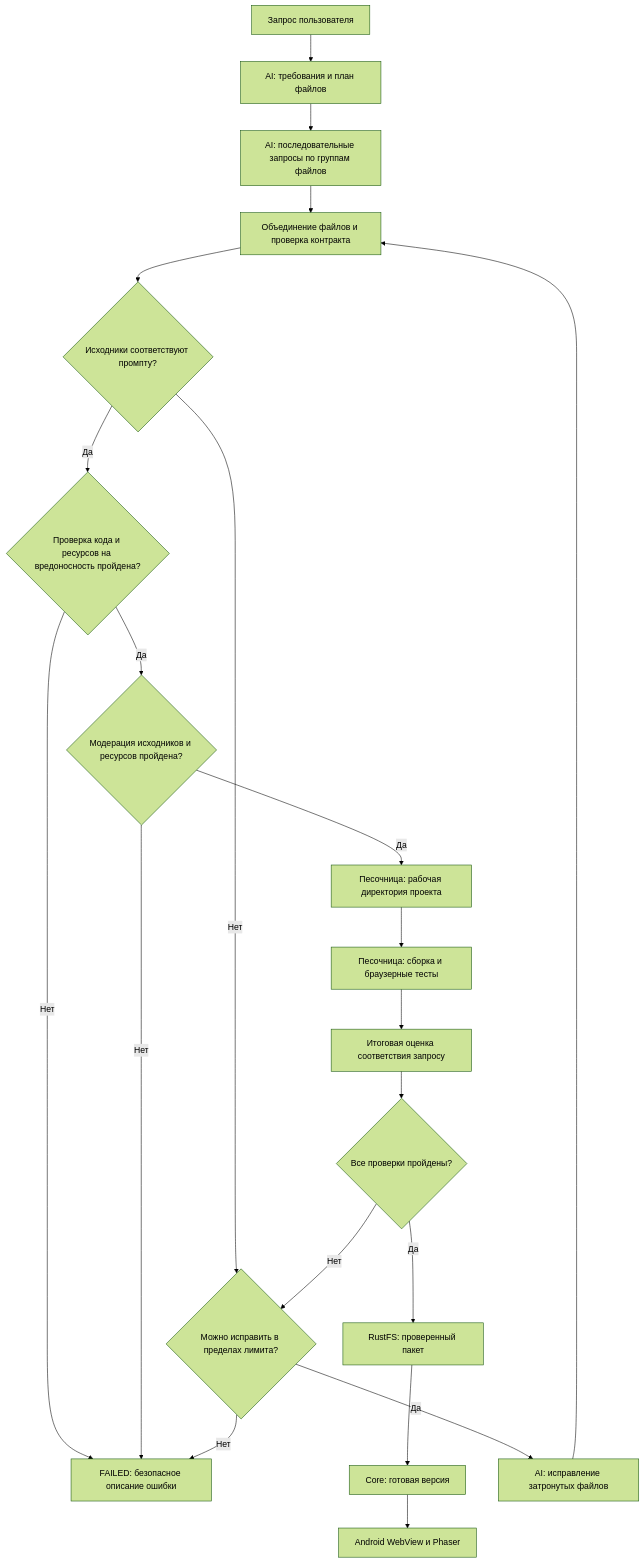
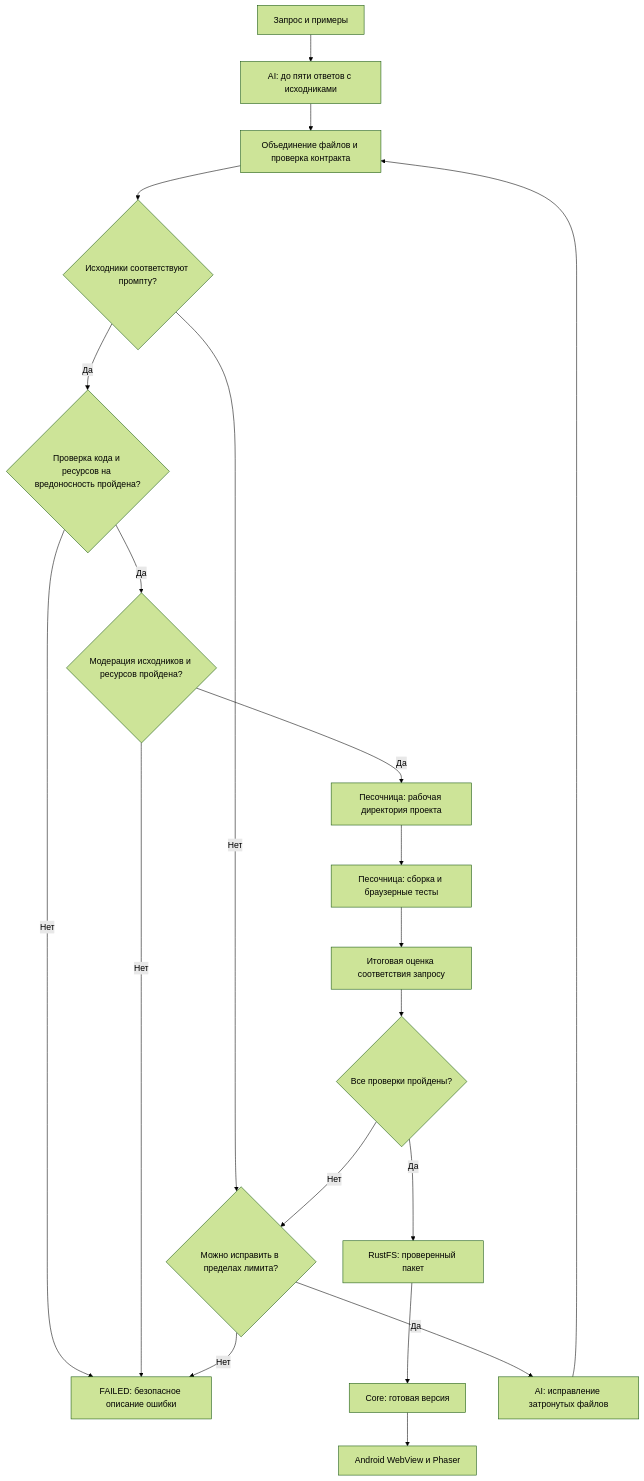
The diagram in docs/game-generation.md (aartmoon/PlayLy), drawn with Mermaid (forest theme) before and after one commit. The commit also changed other lines of this file and 16 other files, not shown here.

````diff
--- a/docs/game-generation.md
+++ b/docs/game-generation.md
@@ -11,23 +11,22 @@
 ```mermaid
 flowchart TD
-    prompt["Запрос пользователя"] --> plan["AI: требования и план файлов"]
-    plan --> generate["AI: последовательные запросы по группам файлов"]
+    prompt["Запрос и примеры"] --> generate["AI: до пяти ответов с исходниками"]
     generate --> validate["Объединение файлов и проверка контракта"]
     validate --> sourceMatch{"Исходники соответствуют промпту?"}
     sourceMatch -->|Да| security{"Проверка кода и ресурсов на вредоносность пройдена?"}
     sourceMatch -->|Нет| retry
     security -->|Да| moderate{"Модерация исходников и ресурсов пройдена?"}
     security -->|Нет| failed
     moderate -->|Да| workspace["Песочница: рабочая директория проекта"]
     moderate -->|Нет| failed
     workspace --> sandbox["Песочница: сборка и браузерные тесты"]
     sandbox --> judge["Итоговая оценка соответствия запросу"]
     judge --> gate{"Все проверки пройдены?"}
     gate -->|Да| storage["RustFS: проверенный пакет"]
     storage --> core["Core: готовая версия"]
     core --> player["Android WebView и Phaser"]
     gate -->|Нет| retry{"Можно исправить в пределах лимита?"}
     retry -->|Да| repair["AI: исправление затронутых файлов"]
     repair --> validate
     retry -->|Нет| failed["FAILED: безопасное описание ошибки"]
 ```
````
